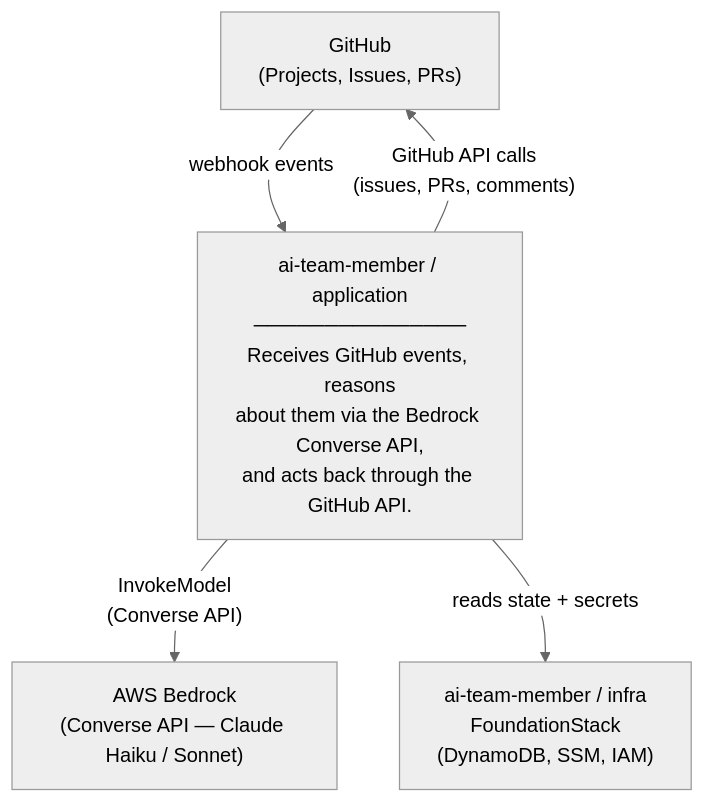
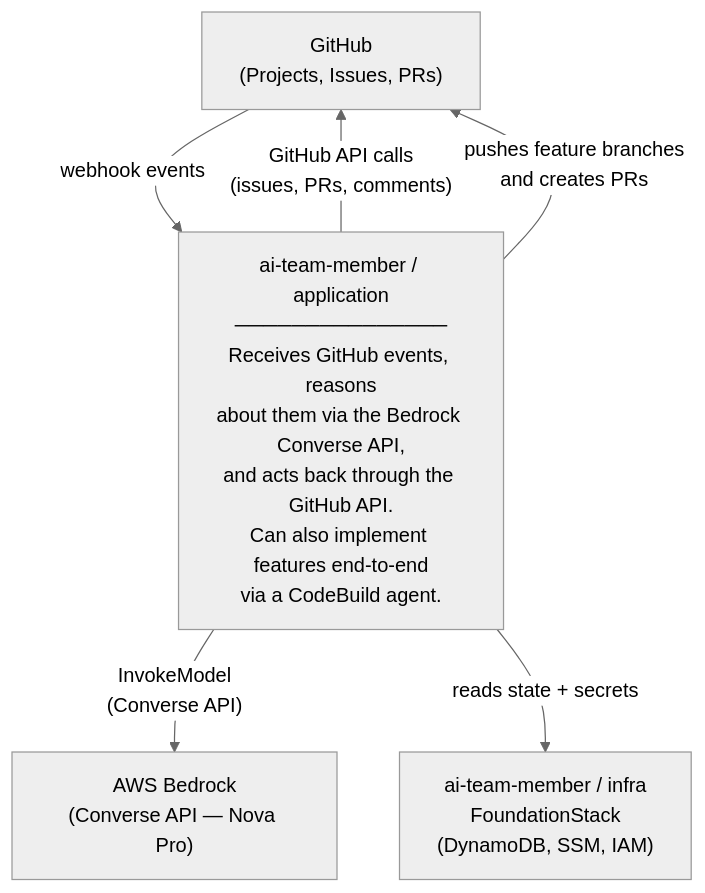
The diagram in application/docs/c4/01-context.md (michaelp1985/ai-team-member), drawn with Mermaid (neutral theme) before and after one commit. The commit also changed other lines of this file and 25 other files, not shown here.

````diff
--- a/application/docs/c4/01-context.md
+++ b/application/docs/c4/01-context.md
@@ -5,12 +5,13 @@
 ```mermaid
 flowchart TD
     GitHub["GitHub\n(Projects, Issues, PRs)"]
-    App["ai-team-member / application\n───────────────\nReceives GitHub events, reasons\nabout them via the Bedrock Converse API,\nand acts back through the GitHub API."]
-    Bedrock["AWS Bedrock\n(Converse API — Claude Haiku / Sonnet)"]
+    App["ai-team-member / application\n───────────────\nReceives GitHub events, reasons\nabout them via the Bedrock Converse API,\nand acts back through the GitHub API.\nCan also implement features end-to-end\nvia a CodeBuild agent."]
+    Bedrock["AWS Bedrock\n(Converse API — Nova Pro)"]
     Foundation["ai-team-member / infra\nFoundationStack\n(DynamoDB, SSM, IAM)"]
 
     GitHub -->|"webhook events"| App
     App -->|"GitHub API calls\n(issues, PRs, comments)"| GitHub
+    App -->|"pushes feature branches\nand creates PRs"| GitHub
     App -->|"InvokeModel\n(Converse API)"| Bedrock
     App -->|"reads state + secrets"| Foundation
 ```
````
